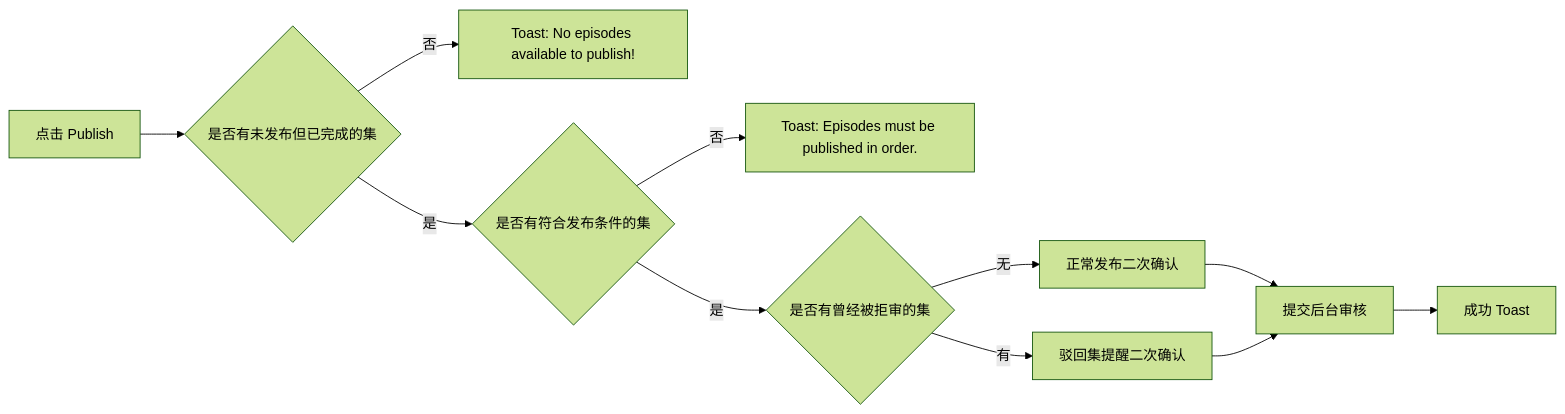
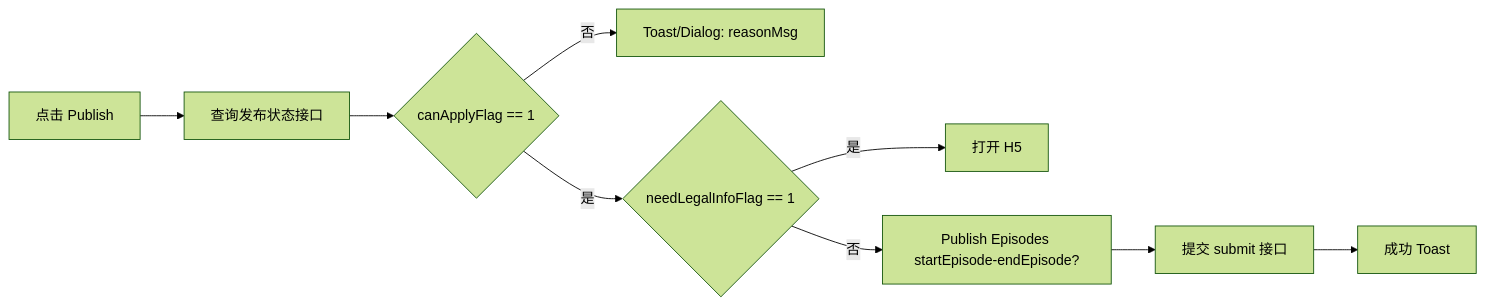
The second of 2 diagrams in design/project/work-publish-flow.md (wangshaowen1/Android_epnova), drawn with Mermaid (forest theme) before and after one commit. The commit also changed other lines of this file and 2 other files, not shown here.

````diff
--- a/design/project/work-publish-flow.md
+++ b/design/project/work-publish-flow.md
@@ -118,13 +175,11 @@
 ```mermaid
 flowchart LR
-    A[点击 Publish] --> B{是否有未发布但已完成的集}
-    B -- 否 --> C[Toast: No episodes available to publish!]
-    B -- 是 --> D{是否有符合发布条件的集}
-    D -- 否 --> E[Toast: Episodes must be published in order.]
-    D -- 是 --> F{是否有曾经被拒审的集}
-    F -- 无 --> G[正常发布二次确认]
-    F -- 有 --> H[驳回集提醒二次确认]
-    G --> I[提交后台审核]
-    H --> I
-    I --> J[成功 Toast]
+    A[点击 Publish] --> B[查询发布状态接口]
+    B --> C{canApplyFlag == 1}
+    C -- 否 --> D[Toast/Dialog: reasonMsg]
+    C -- 是 --> E{needLegalInfoFlag == 1}
+    E -- 是 --> F[打开 H5]
+    E -- 否 --> G[Publish Episodes startEpisode-endEpisode?]
+    G --> H[提交 submit 接口]
+    H --> I[成功 Toast]
 ```
````
